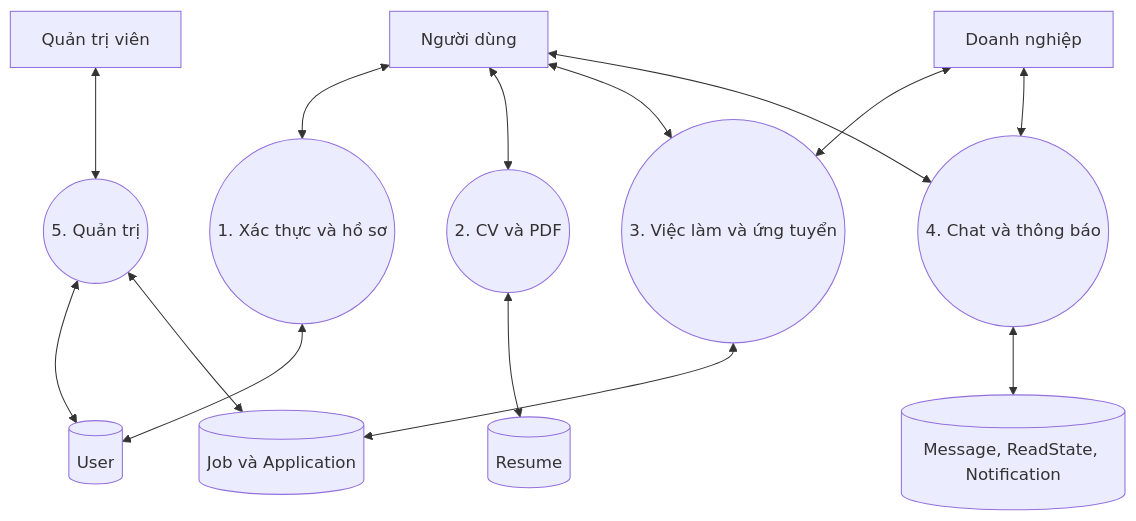
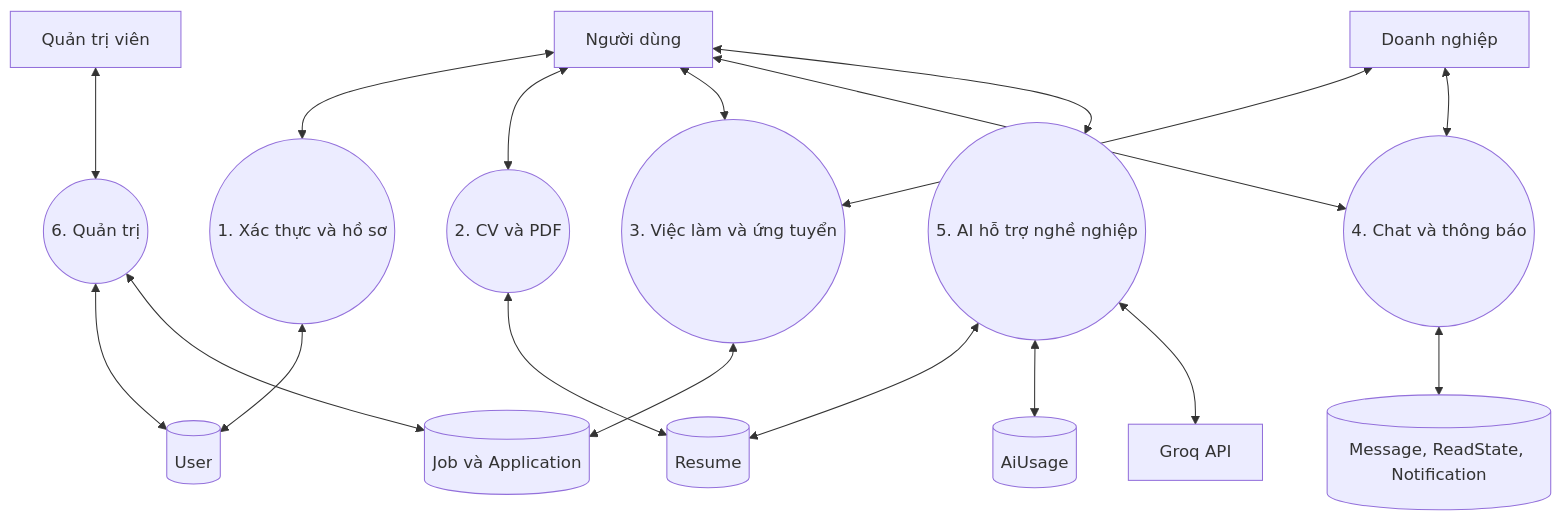
The fourth of 12 diagrams in docs/bao-cao-do-an-rabbitcv.md (vinhvt619/DA2), drawn with Mermaid before and after one commit. The commit also changed other lines of this file and 172 other files, not shown here.

````diff
--- a/docs/bao-cao-do-an-rabbitcv.md
+++ b/docs/bao-cao-do-an-rabbitcv.md
@@ -321,25 +348,32 @@
 ```mermaid
 flowchart TB
-    U[Người dùng]
-    C[Doanh nghiệp]
-    A[Quản trị viên]
-    P1((1. Xác thực và hồ sơ))
-    P2((2. CV và PDF))
-    P3((3. Việc làm và ứng tuyển))
-    P4((4. Chat và thông báo))
-    P5((5. Quản trị))
+    U["Người dùng"]
+    C["Doanh nghiệp"]
+    A["Quản trị viên"]
+    G["Groq API"]
+    P1(("1. Xác thực và hồ sơ"))
+    P2(("2. CV và PDF"))
+    P3(("3. Việc làm và ứng tuyển"))
+    P4(("4. Chat và thông báo"))
+    P5(("5. AI hỗ trợ nghề nghiệp"))
+    P6(("6. Quản trị"))
     D1[(User)]
     D2[(Resume)]
     D3[(Job và Application)]
     D4[(Message, ReadState, Notification)]
+    D5[(AiUsage)]
 
     U <--> P1 <--> D1
     U <--> P2 <--> D2
     U <--> P3 <--> D3
     C <--> P3
     U <--> P4 <--> D4
     C <--> P4
-    A <--> P5
-    P5 <--> D1
-    P5 <--> D3
+    U <--> P5
+    P5 <--> D2
+    P5 <--> D5
+    P5 <--> G
+    A <--> P6
+    P6 <--> D1
+    P6 <--> D3
 ```
````
